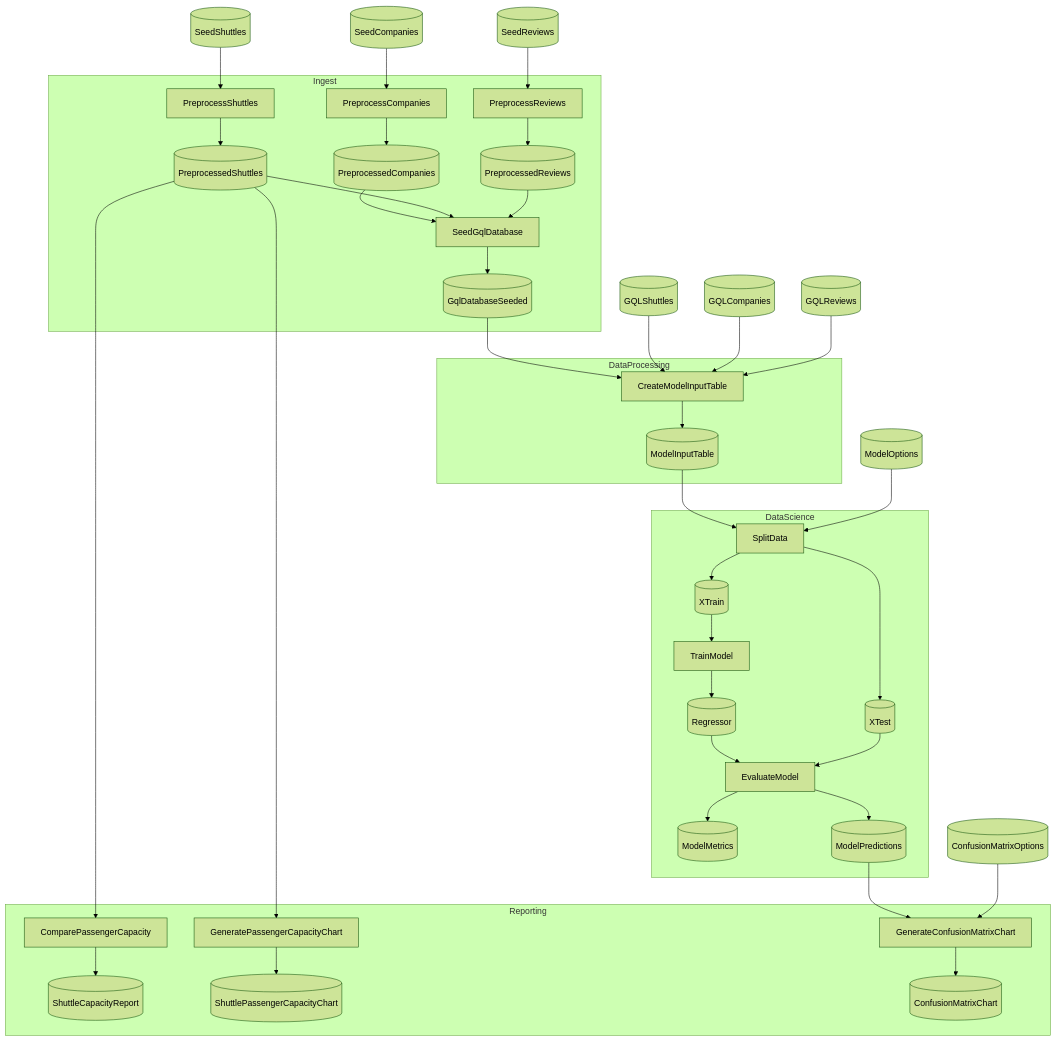
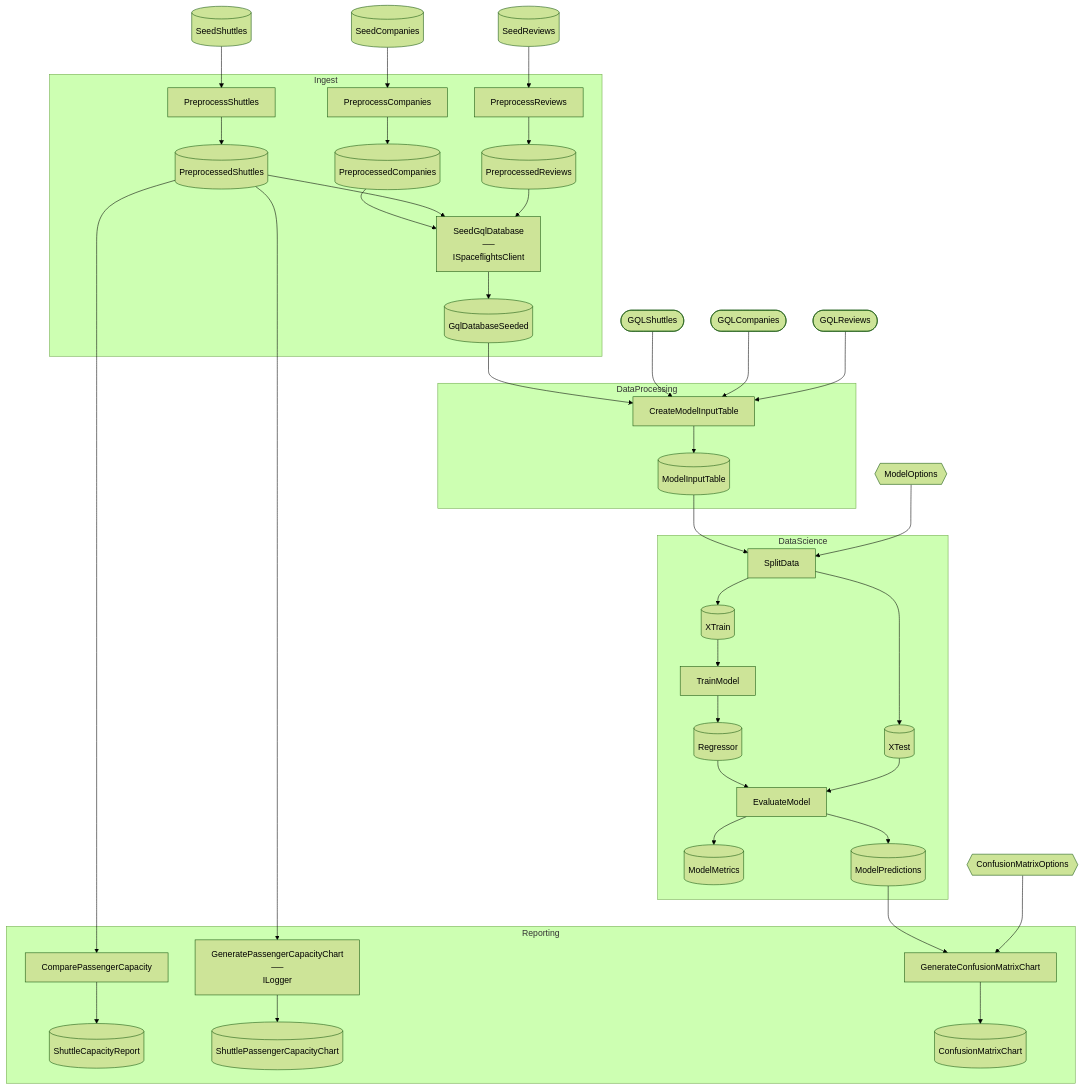
One commit to chaoticgoodcomputing/flowthru changed the diagram in examples/advanced/SpaceflightsGQL/README.md. Above: the diagram before and after it, drawn with Mermaid (forest theme). The commit also changed other lines of this file and 16 other files, not shown here.

Commit message:
docs: update README examples with new mermaid output

```diff
--- a/examples/advanced/SpaceflightsGQL/README.md
+++ b/examples/advanced/SpaceflightsGQL/README.md
@@ -39,11 +39,11 @@
 flowchart TB
 
     %% External Data Inputs
-    ConfusionMatrixOptions[("ConfusionMatrixOptions")]
-    GQLCompanies[("GQLCompanies")]
-    GQLReviews[("GQLReviews")]
-    GQLShuttles[("GQLShuttles")]
-    ModelOptions[("ModelOptions")]
+    ConfusionMatrixOptions{{"ConfusionMatrixOptions"}}
+    GQLCompanies(["GQLCompanies"])
+    GQLReviews(["GQLReviews"])
+    GQLShuttles(["GQLShuttles"])
+    ModelOptions{{"ModelOptions"}}
     SeedCompanies[("SeedCompanies")]
     SeedReviews[("SeedReviews")]
     SeedShuttles[("SeedShuttles")]
@@ -71,14 +71,14 @@
         PreprocessedShuttles[("PreprocessedShuttles")]
         PreprocessReviews["PreprocessReviews"]
         PreprocessedReviews[("PreprocessedReviews")]
-        SeedGqlDatabase["SeedGqlDatabase"]
+        SeedGqlDatabase["SeedGqlDatabase<br>──<br>ISpaceflightsClient"]
         GqlDatabaseSeeded[("GqlDatabaseSeeded")]
     end
 
     subgraph Reporting["Reporting"]
         ComparePassengerCapacity["ComparePassengerCapacity"]
         ShuttleCapacityReport[("ShuttleCapacityReport")]
-        GeneratePassengerCapacityChart["GeneratePassengerCapacityChart"]
+        GeneratePassengerCapacityChart["GeneratePassengerCapacityChart<br>──<br>ILogger"]
         ShuttlePassengerCapacityChart[("ShuttlePassengerCapacityChart")]
         GenerateConfusionMatrixChart["GenerateConfusionMatrixChart"]
         ConfusionMatrixChart[("ConfusionMatrixChart")]
```
